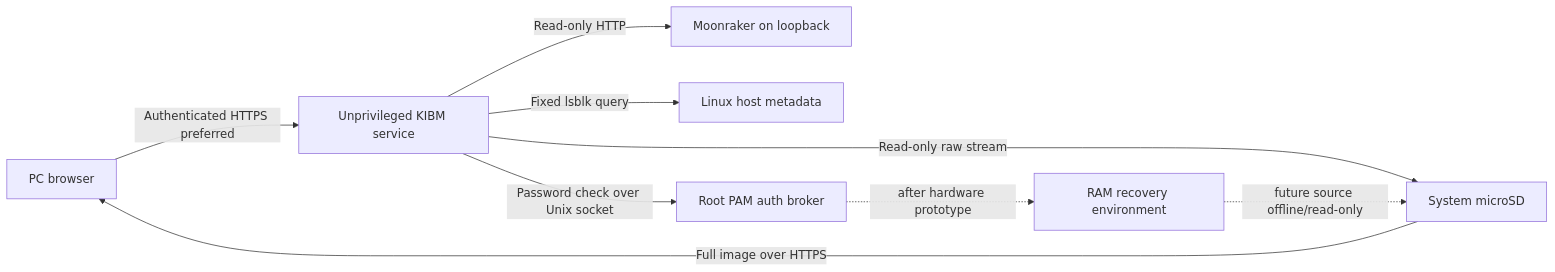
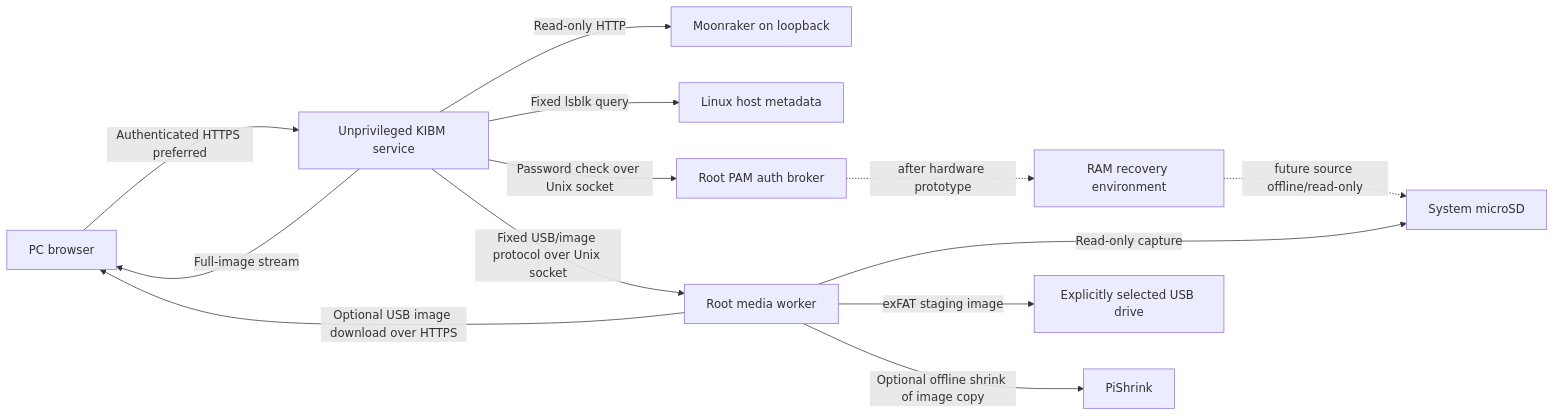
The diagram in docs/architecture.md (merlin2105/Klipper-Image-Backup), drawn with Mermaid before and after one commit. The commit also changed other lines of this file and 15 other files, not shown here.

Commit message:
feat: add USB image backup and optional shrinking

````diff
--- a/docs/architecture.md
+++ b/docs/architecture.md
@@ -5,11 +5,15 @@
 ```mermaid
 flowchart LR
   Browser[PC browser] -->|Authenticated HTTPS preferred| Service[Unprivileged KIBM service]
   Service -->|Read-only HTTP| Moonraker[Moonraker on loopback]
   Service -->|Fixed lsblk query| Host[Linux host metadata]
   Service -->|Password check over Unix socket| Broker[Root PAM auth broker]
-  Service -->|Read-only raw stream| Source[System microSD]
+  Service -->|Full-image stream| Browser
+  Service -->|Fixed USB/image protocol over Unix socket| Media[Root media worker]
+  Media -->|Read-only capture| Source[System microSD]
+  Media -->|exFAT staging image| USB[Explicitly selected USB drive]
+  Media -->|Optional offline shrink of image copy| PiShrink[PiShrink]
   Broker -. after hardware prototype .-> Recovery[RAM recovery environment]
   Recovery -. future source offline/read-only .-> Source
-  Source -->|Full image over HTTPS| Browser
+  Media -->|Optional USB image download over HTTPS| Browser
 ```
````
